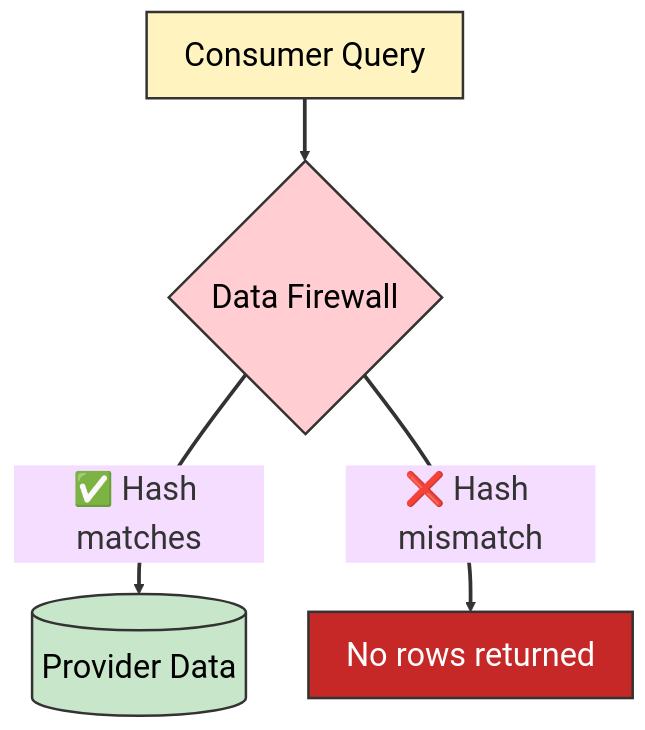
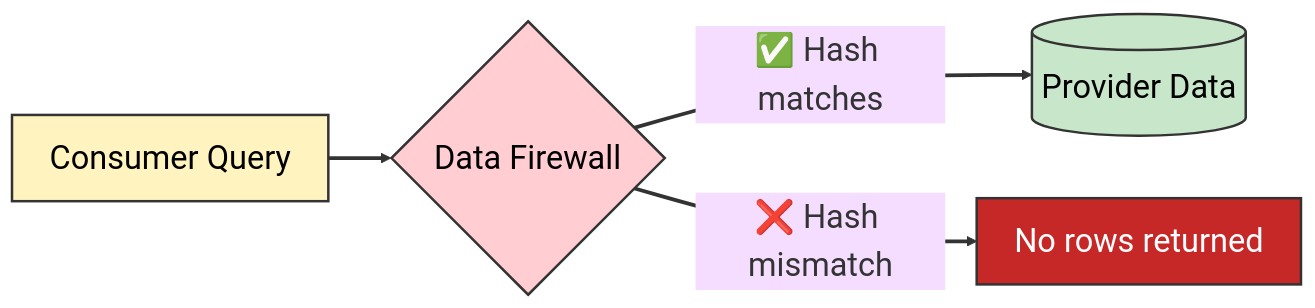
One commit to sfc-gh-vshiv/sfquickstart-data-clean-room changed the fourth of 4 diagrams in DCR_Flow_and_Cost_Guide.md. Above: the diagram before and after it, drawn with Mermaid. The commit also changed other lines of this file and 1 other file, not shown here.

Commit message:
Update font size and flow direction in DCR Flow and Cost Guide Mermaid diagrams for improved readability and consistency across advertiser and provider sections.

````diff
--- a/DCR_Flow_and_Cost_Guide.md
+++ b/DCR_Flow_and_Cost_Guide.md
@@ -171,14 +171,14 @@
 ```mermaid
 %%{init: {'theme': 'base', 'themeVariables': {'fontSize': '26px'}}}%%
-flowchart TB
+flowchart LR
     Q[Consumer Query] ==> DF{Data Firewall}
     DF ==>|"✅ Hash matches"| D[(Provider Data)]
     DF ==>|"❌ Hash mismatch"| X[No rows returned]
     
     style Q fill:#fff3bf,stroke:#333,stroke-width:2px,color:#000
     style DF fill:#ffcdd2,stroke:#333,stroke-width:2px,color:#000
     style D fill:#c8e6c9,stroke:#333,stroke-width:2px,color:#000
     style X fill:#c62828,stroke:#333,stroke-width:2px,color:#fff
     
     linkStyle default stroke:#333,stroke-width:3px
 ```
````
